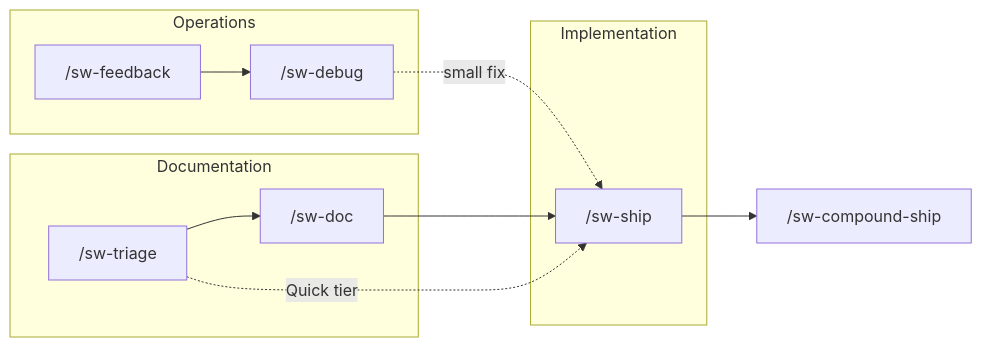
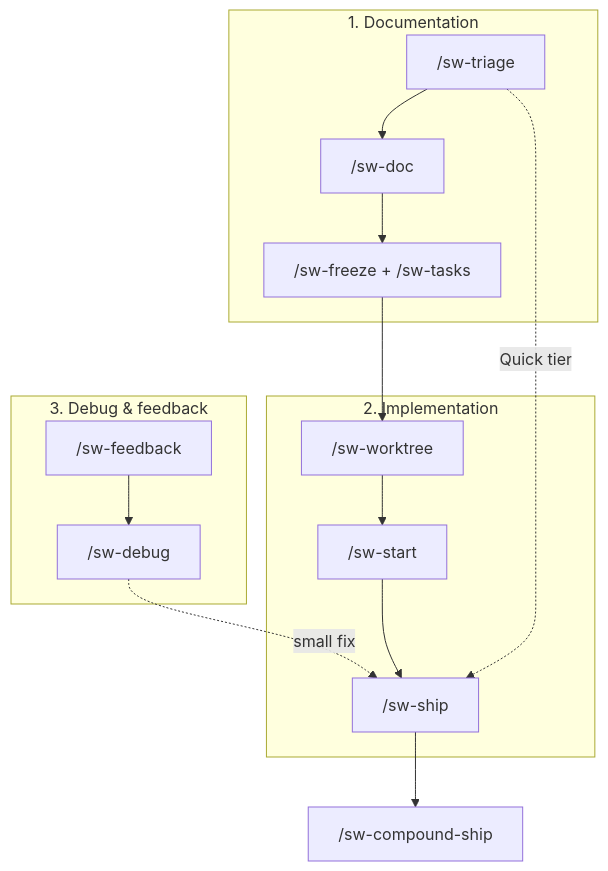
The first of 11 diagrams in README.md (grdavies/shipwright), drawn with Mermaid before and after one commit. The commit also changed other lines of this file and 1 other file, not shown here.

````diff
--- a/README.md
+++ b/README.md
@@ -62,16 +179,18 @@
 ```mermaid
-flowchart LR
-  subgraph doc["Documentation"]
+flowchart TB
+  subgraph doc["1. Documentation"]
     T["/sw-triage"] --> D["/sw-doc"]
+    D --> FZ["/sw-freeze + /sw-tasks"]
   end
-  subgraph ship["Implementation"]
-    S["/sw-ship"]
+  subgraph ship["2. Implementation"]
+    WT["/sw-worktree"] --> ST["/sw-start"]
+    ST --> SH["/sw-ship"]
   end
-  subgraph ops["Operations"]
-    F["/sw-feedback"] --> G["/sw-debug"]
+  subgraph ops["3. Debug & feedback"]
+    FB["/sw-feedback"] --> DB["/sw-debug"]
   end
-  D --> S
-  G -.->|small fix| S
-  T -.->|Quick tier| S
-  S --> C["/sw-compound-ship"]
+  FZ --> WT
+  DB -.->|small fix| SH
+  T -.->|Quick tier| SH
+  SH --> CM["/sw-compound-ship"]
 ```
````
